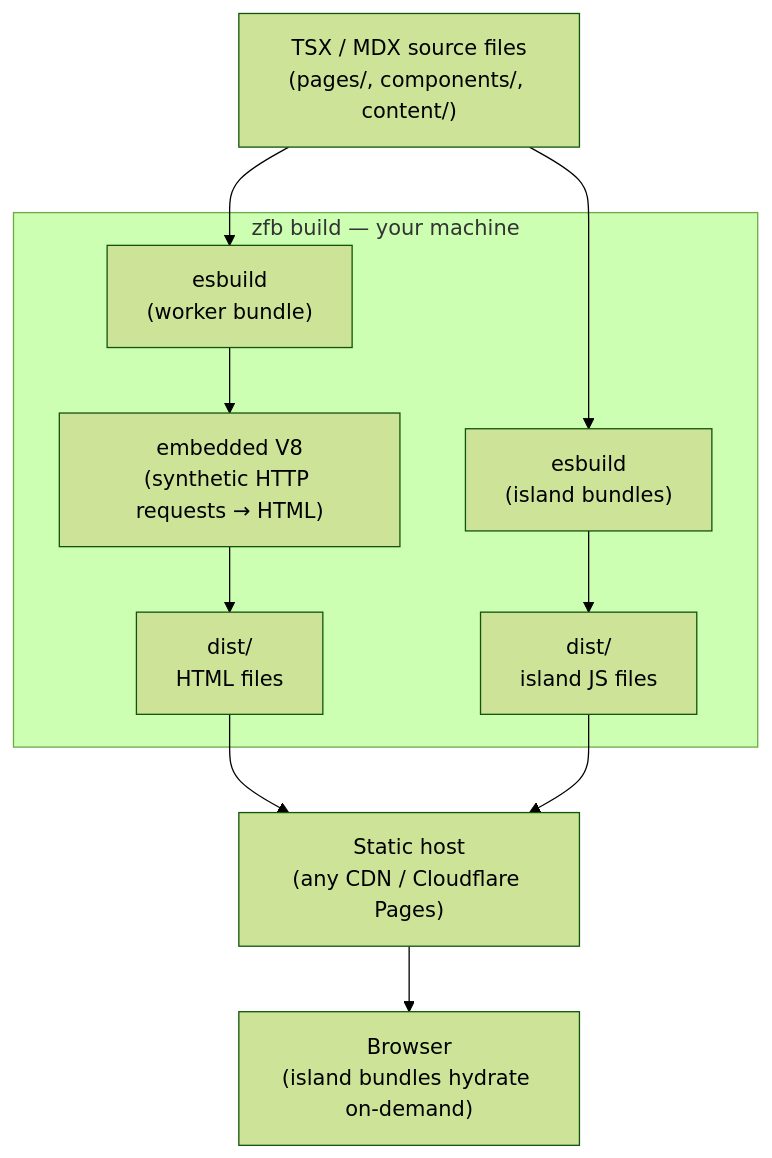
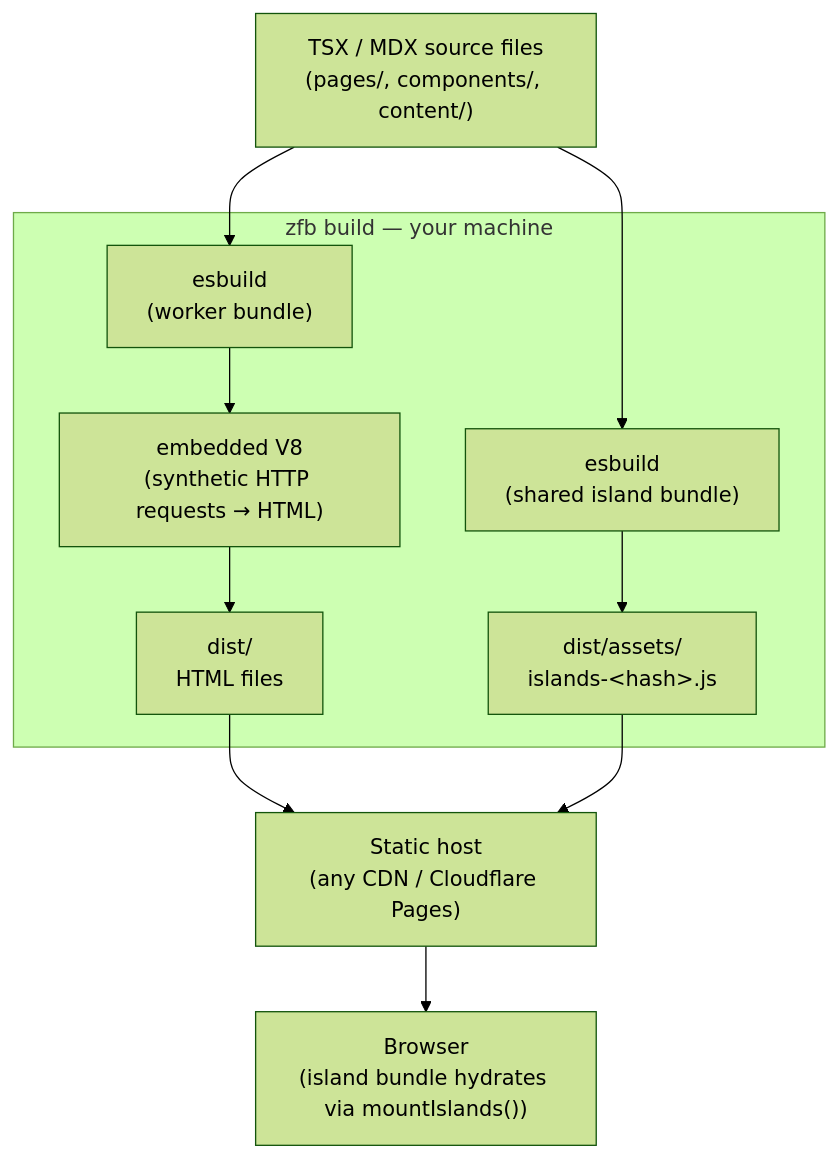
One commit to Takazudo/zudo-front-builder changed the diagram in docs/src/content/docs/concepts/architecture-overview.mdx. Above: the diagram before and after it, drawn with Mermaid (forest theme). The commit also changed other lines of this file and 3 other files, not shown here.

First line of the commit message:
docs(islands): rewrite islands story to shared-bundle model across 4 pages

````diff
--- a/docs/src/content/docs/concepts/architecture-overview.mdx
+++ b/docs/src/content/docs/concepts/architecture-overview.mdx
@@ -63,26 +64,26 @@
 ```mermaid
 flowchart TD
     src["TSX / MDX source files\n(pages/, components/, content/)"]
 
     subgraph build["zfb build — your machine"]
         esbuild_worker["esbuild\n(worker bundle)"]
         v8["embedded V8\n(synthetic HTTP requests → HTML)"]
-        esbuild_islands["esbuild\n(island bundles)"]
+        esbuild_islands["esbuild\n(shared island bundle)"]
         dist_html["dist/\nHTML files"]
-        dist_js["dist/\nisland JS files"]
+        dist_js["dist/assets/\nislands-&lt;hash&gt;.js"]
     end
 
     deploy["Static host\n(any CDN / Cloudflare Pages)"]
-    browser["Browser\n(island bundles hydrate on-demand)"]
+    browser["Browser\n(island bundle hydrates via mountIslands())"]
 
     src --> esbuild_worker
     esbuild_worker --> v8
     v8 --> dist_html
 
     src --> esbuild_islands
     esbuild_islands --> dist_js
 
     dist_html --> deploy
     dist_js --> deploy
     deploy --> browser
 ```
````
